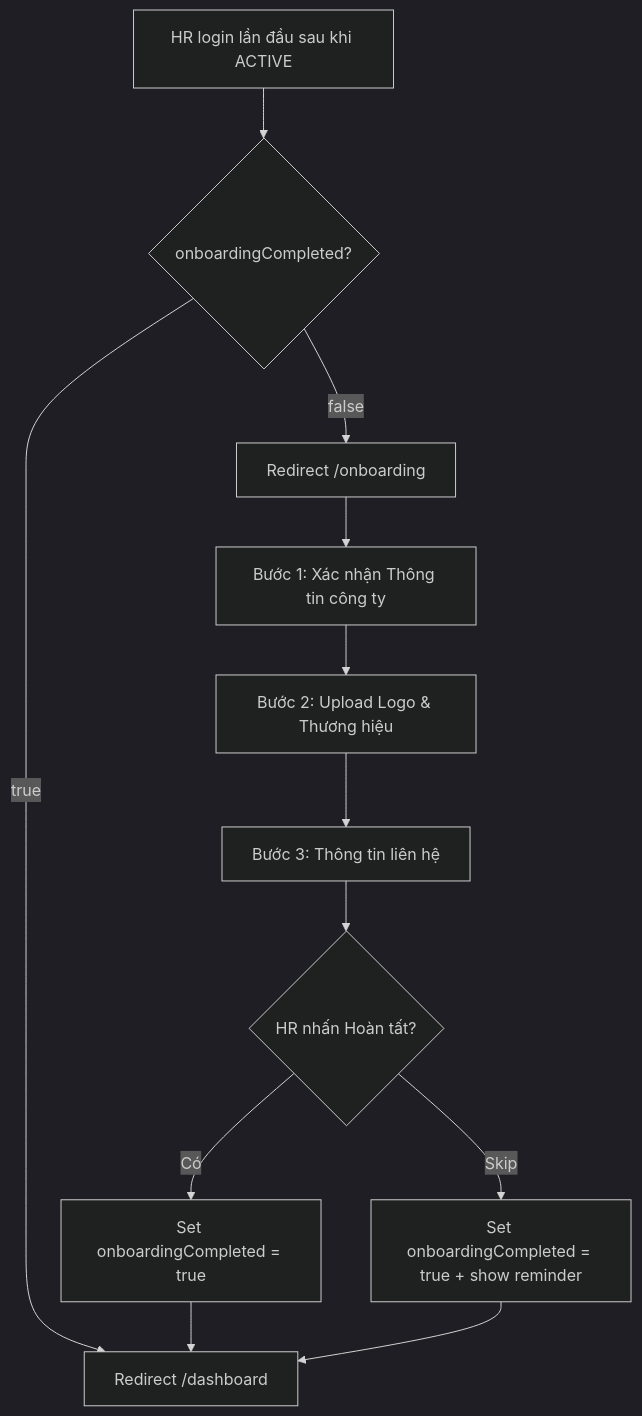
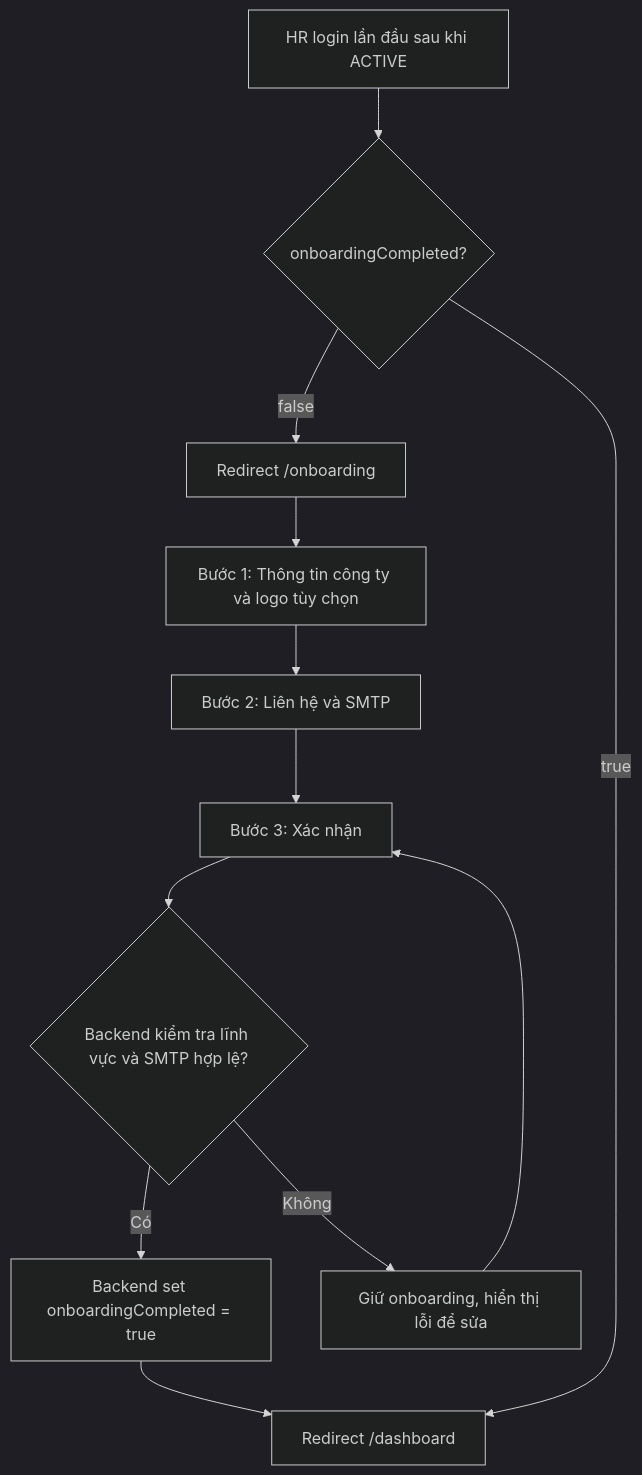
One commit to VanHaPtit/EasyTech_FE changed the diagram in nghiep_vu/epic-01_Authentication_Onboarding/user-story-03_HR_Onboarding/user-story.md. Above: the diagram before and after it, drawn with Mermaid (dark theme). The commit also changed other lines of this file and 43 other files, not shown here.

````diff
--- a/nghiep_vu/epic-01_Authentication_Onboarding/user-story-03_HR_Onboarding/user-story.md
+++ b/nghiep_vu/epic-01_Authentication_Onboarding/user-story-03_HR_Onboarding/user-story.md
@@ -11,14 +13,14 @@
 ```mermaid
 graph TD
     A[HR login lần đầu sau khi ACTIVE] --> B{onboardingCompleted?}
     B -- false --> C[Redirect /onboarding]
     B -- true --> D[Redirect /dashboard]
-    C --> E[Bước 1: Xác nhận Thông tin công ty]
-    E --> F[Bước 2: Upload Logo & Thương hiệu]
-    F --> G[Bước 3: Thông tin liên hệ]
-    G --> H{HR nhấn Hoàn tất?}
-    H -- Có --> I[Set onboardingCompleted = true]
-    H -- Skip --> J[Set onboardingCompleted = true + show reminder]
+    C --> E[Bước 1: Thông tin công ty và logo tùy chọn]
+    E --> F[Bước 2: Liên hệ và SMTP]
+    F --> G[Bước 3: Xác nhận]
+    G --> H{Backend kiểm tra lĩnh vực và SMTP hợp lệ?}
+    H -- Có --> I[Backend set onboardingCompleted = true]
+    H -- Không --> J[Giữ onboarding, hiển thị lỗi để sửa]
     I --> D
-    J --> D
+    J --> G
 ```
````
